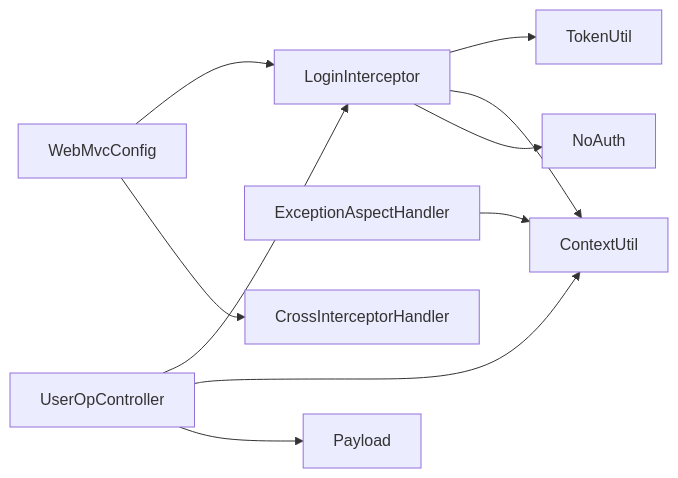
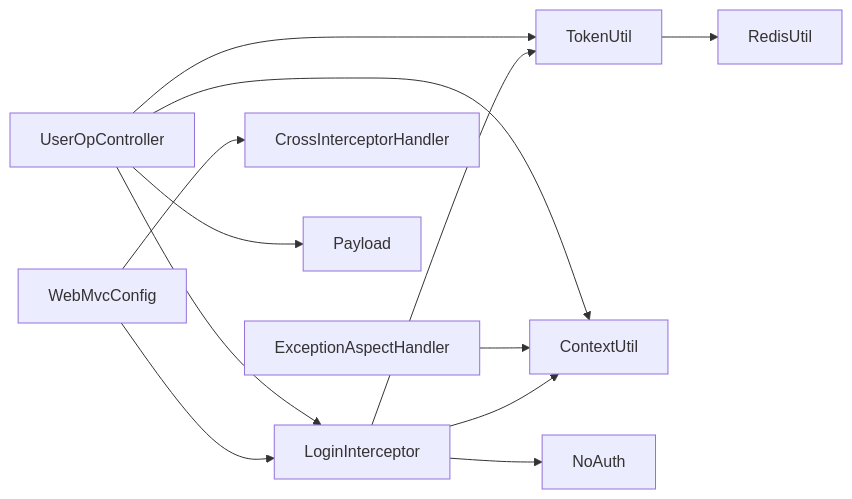
The fourth of 4 diagrams in .qoder/repowiki/zh/content/配置管理/拦截器配置.md (liftp/chat_simple), drawn with Mermaid before and after one commit. The commit also changed other lines of this file and 6 other files, not shown here.

````diff
--- a/.qoder/repowiki/zh/content/配置管理/拦截器配置.md
+++ b/.qoder/repowiki/zh/content/配置管理/拦截器配置.md
@@ -275,12 +324,14 @@
 ```mermaid
 graph LR
 LI["LoginInterceptor"] --> TU["TokenUtil"]
 LI --> CTX["ContextUtil"]
 LI --> NA["NoAuth"]
 EAH["ExceptionAspectHandler"] --> CTX
+TU --> RU["RedisUtil"]
 WMC["WebMvcConfig"] --> LI
 WMC --> CIH["CrossInterceptorHandler"]
 UOC["UserOpController"] --> LI
 UOC --> CTX
 UOC --> PL["Payload"]
+UOC --> TU
 ```
````
